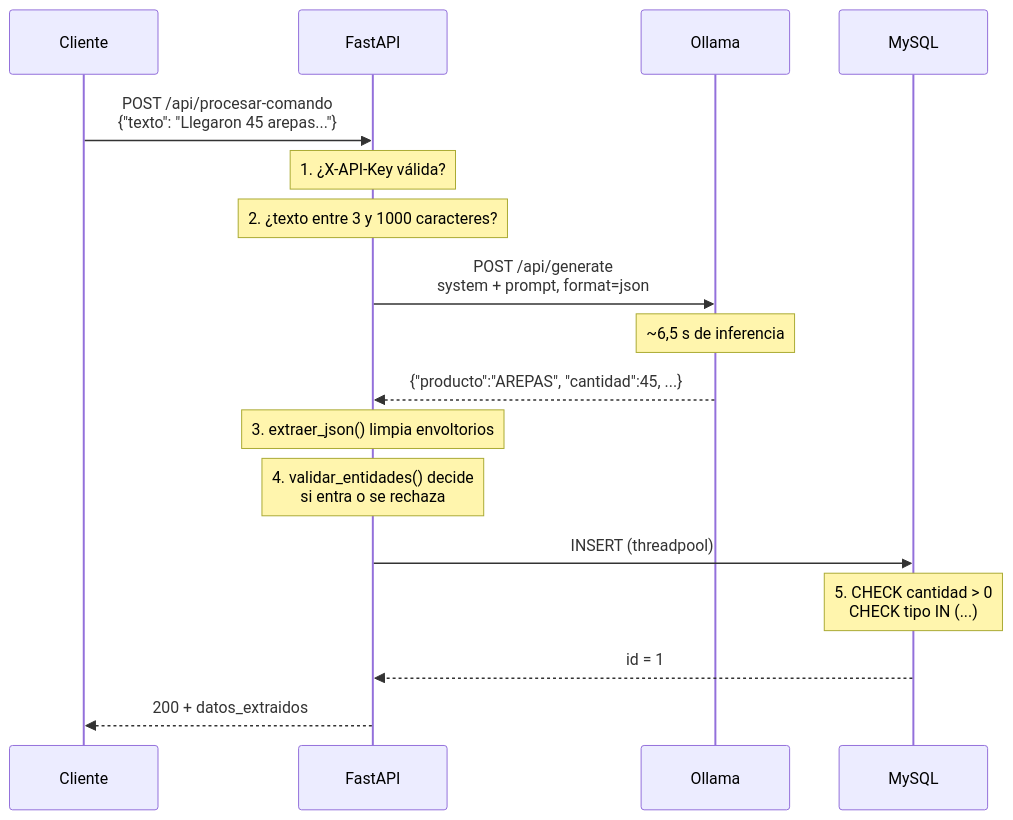
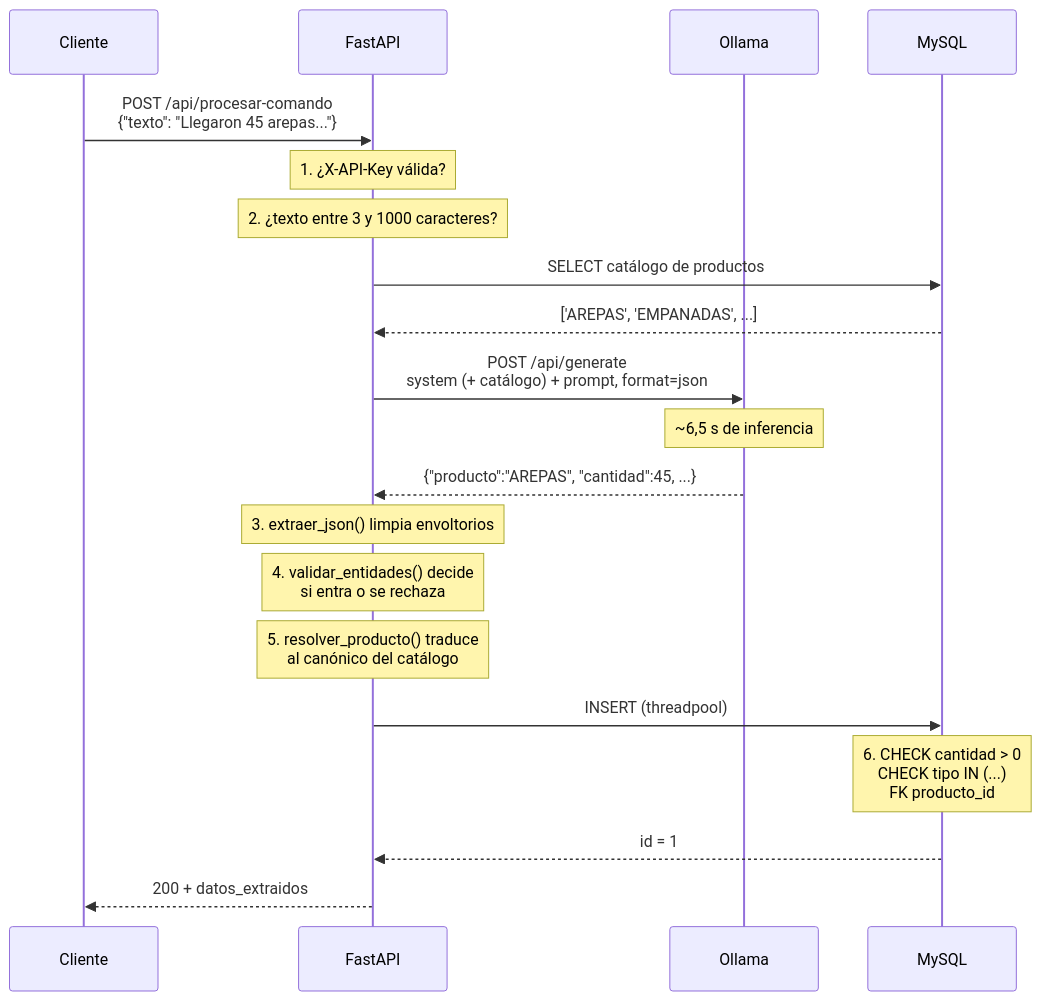
The second of 4 diagrams in FUNCIONAMIENTO.md (lDalexander/SivIA), drawn with Mermaid before and after one commit. The commit also changed other lines of this file and 13 other files, not shown here.

First line of the commit message:
Añadir chat conversacional, multiusuario con roles y catálogo de productos

````diff
--- a/FUNCIONAMIENTO.md
+++ b/FUNCIONAMIENTO.md
@@ -80,20 +94,23 @@
 ```mermaid
 sequenceDiagram
     participant C as Cliente
     participant A as FastAPI
     participant O as Ollama
     participant M as MySQL
 
     C->>A: POST /api/procesar-comando<br/>{"texto": "Llegaron 45 arepas..."}
     Note over A: 1. ¿X-API-Key válida?
     Note over A: 2. ¿texto entre 3 y 1000 caracteres?
-    A->>O: POST /api/generate<br/>system + prompt, format=json
+    A->>M: SELECT catálogo de productos
+    M-->>A: ['AREPAS', 'EMPANADAS', ...]
+    A->>O: POST /api/generate<br/>system (+ catálogo) + prompt, format=json
     Note over O: ~6,5 s de inferencia
     O-->>A: {"producto":"AREPAS", "cantidad":45, ...}
     Note over A: 3. extraer_json() limpia envoltorios
     Note over A: 4. validar_entidades() decide<br/>si entra o se rechaza
+    Note over A: 5. resolver_producto() traduce<br/>al canónico del catálogo
     A->>M: INSERT (threadpool)
-    Note over M: 5. CHECK cantidad > 0<br/>CHECK tipo IN (...)
+    Note over M: 6. CHECK cantidad > 0<br/>CHECK tipo IN (...)<br/>FK producto_id
     M-->>A: id = 1
     A-->>C: 200 + datos_extraidos
 ```
````
